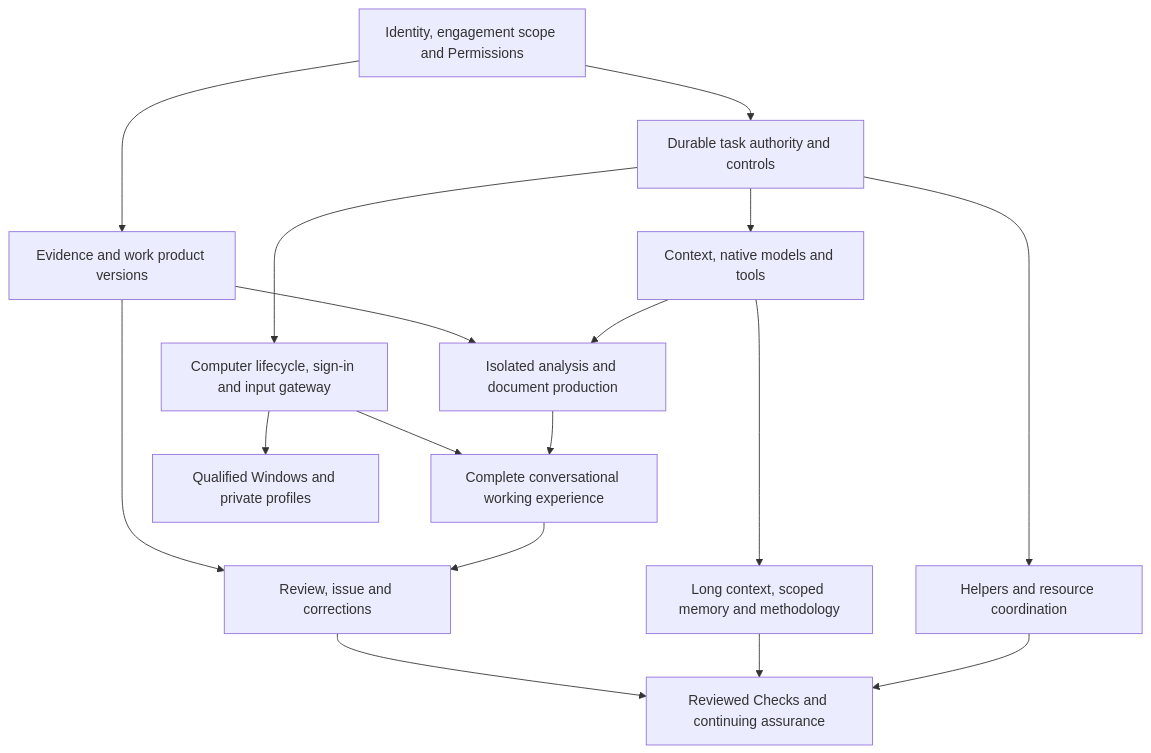
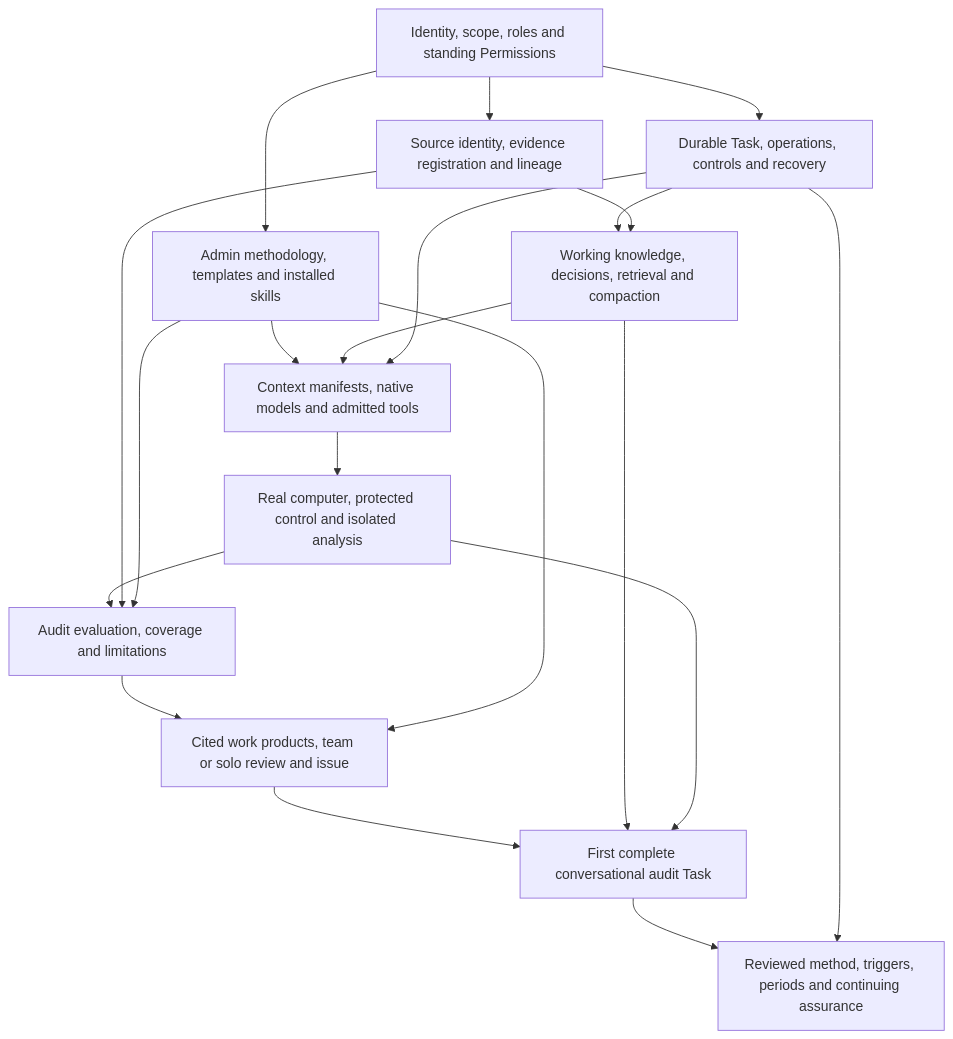
The diagram in _bmad-output/planning-artifacts/zobba-product-architecture-2026-09-30/diagrams/07.mmd (raeltec-systems/intellifin-audit), drawn with Mermaid before and after one commit. The commit also changed 25 other files, not shown here.

Commit message:
docs: consolidate Zobba operating model and costed architecture

```diff
--- a/_bmad-output/planning-artifacts/zobba-product-architecture-2026-09-30/diagrams/07.mmd
+++ b/_bmad-output/planning-artifacts/zobba-product-architecture-2026-09-30/diagrams/07.mmd
@@ -1,17 +1,20 @@
 flowchart TD
-  S[Identity, engagement scope and Permissions] --> T[Durable task authority and controls]
-  S --> E[Evidence and work product versions]
-  T --> M[Context, native models and tools]
-  T --> C[Computer lifecycle, sign-in and input gateway]
-  E --> A[Isolated analysis and document production]
-  M --> A
-  C --> W[Complete conversational working experience]
-  A --> W
-  E --> R[Review, issue and corrections]
-  W --> R
-  T --> P[Helpers and resource coordination]
-  M --> K[Long context, scoped memory and methodology]
-  R --> Q[Reviewed Checks and continuing assurance]
-  K --> Q
-  P --> Q
-  C --> X[Qualified Windows and private profiles]
+  S[Identity, scope, roles and standing Permissions] --> T[Durable Task, operations, controls and recovery]
+  S --> K[Admin methodology, templates and installed skills]
+  S --> E[Source identity, evidence registration and lineage]
+  T --> W[Working knowledge, decisions, retrieval and compaction]
+  E --> W
+  K --> M[Context manifests, native models and admitted tools]
+  W --> M
+  T --> M
+  M --> C[Real computer, protected control and isolated analysis]
+  C --> A[Audit evaluation, coverage and limitations]
+  E --> A
+  K --> A
+  A --> R[Cited work products, team or solo review and issue]
+  K --> R
+  R --> F[First complete conversational audit Task]
+  W --> F
+  C --> F
+  F --> Q[Reviewed method, triggers, periods and continuing assurance]
+  T --> Q
```
